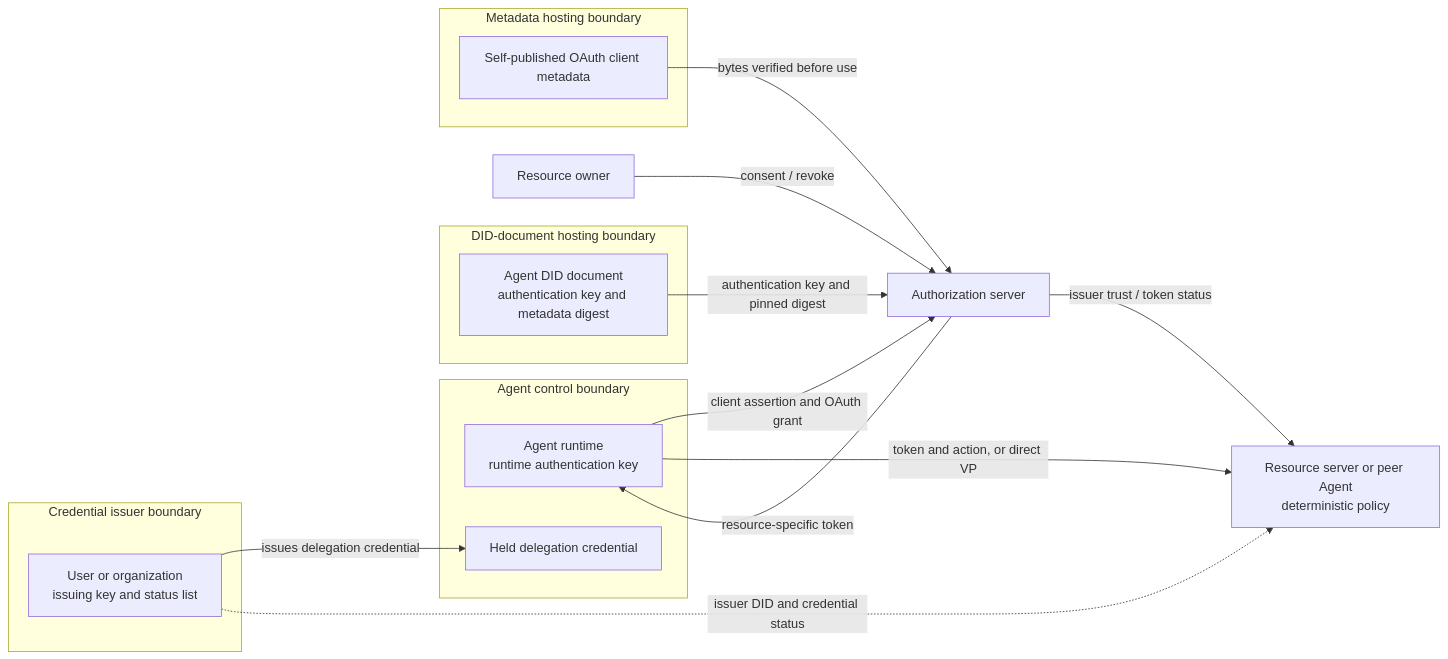
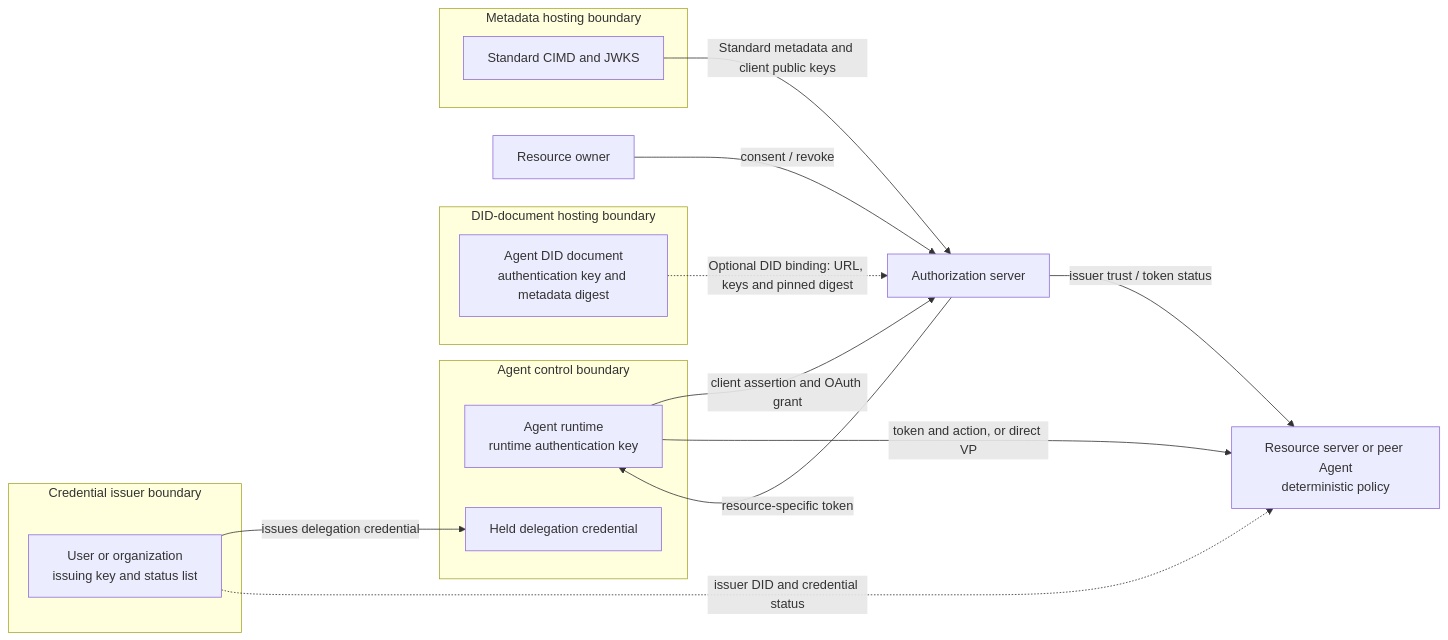
Before and after one commit to agent-network-protocol/AgentNetworkProtocol: the second of 7 diagrams in 05-anp-did-authorization-protocol-specification.md, drawn with Mermaid. The commit also changed other lines of this file and 12 other files, not shown here.

Commit message:
docs: associate ANP-05 DIDs with standard CIMD clients

````diff
--- a/05-anp-did-authorization-protocol-specification.md
+++ b/05-anp-did-authorization-protocol-specification.md
@@ -141,25 +141,25 @@
 ```mermaid
 flowchart LR
   subgraph AG["Agent control boundary"]
     A["Agent runtime<br/>runtime authentication key"]
     W["Held delegation credential"]
   end
   subgraph DH["DID-document hosting boundary"]
     D["Agent DID document<br/>authentication key and metadata digest"]
   end
   subgraph MH["Metadata hosting boundary"]
-    M["Self-published OAuth client metadata"]
+    M["Standard CIMD and JWKS"]
   end
   subgraph IS["Credential issuer boundary"]
     I["User or organization<br/>issuing key and status list"]
   end
   U["Resource owner"] -->|"consent / revoke"| S["Authorization server"]
   I -->|"issues delegation credential"| W
-  D -->|"authentication key and pinned digest"| S
-  M -->|"bytes verified before use"| S
+  D -.->|"Optional DID binding: URL, keys and pinned digest"| S
+  M -->|"Standard metadata and client public keys"| S
   A -->|"client assertion and OAuth grant"| S
   I -.->|"issuer DID and credential status"| R
   S -->|"resource-specific token"| A
   A -->|"token and action, or direct VP"| R["Resource server or peer Agent<br/>deterministic policy"]
   S -->|"issuer trust / token status"| R
 ```
````
